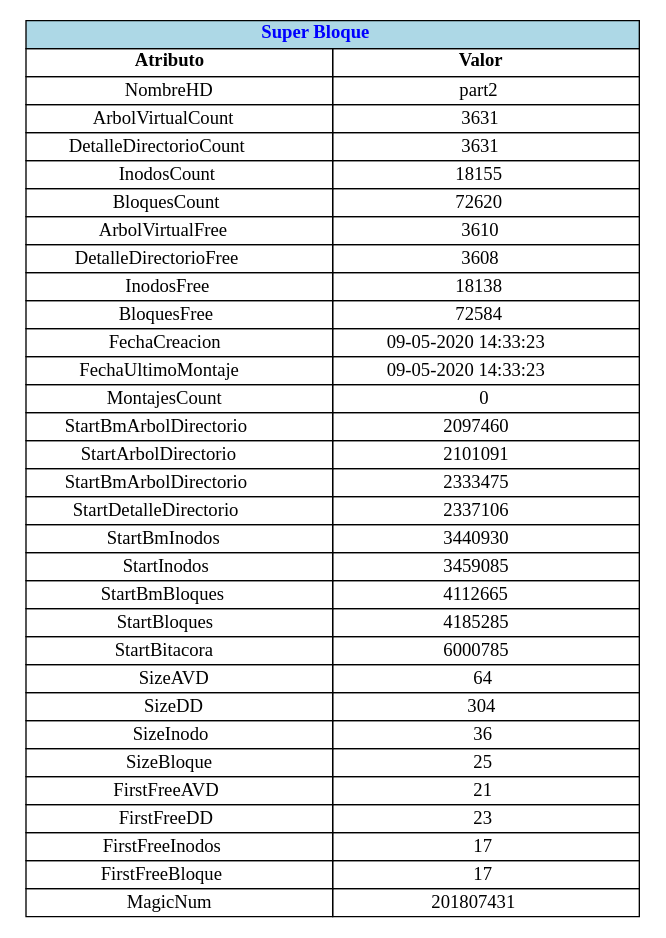
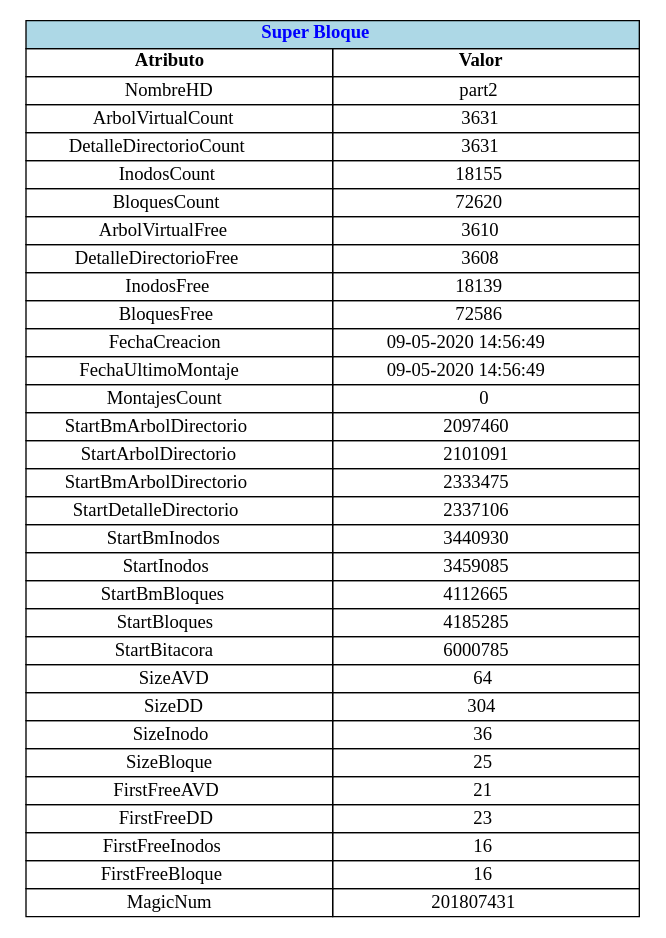
One commit to xJosee/SistemaArchivos changed the diagram in Reportes/graficaSuperBloque.dot. Above: the diagram before and after it, drawn with Graphviz. The commit also changed 4 other files, not shown here.

```diff
--- a/Reportes/graficaSuperBloque.dot
+++ b/Reportes/graficaSuperBloque.dot
@@ -1,39 +1,39 @@
 digraph G{ 
 node [shape=plaintext]
 tbl[
 label=<
 <table border='0' cellborder='1' cellspacing='0' width='300'  height='200' >
  <tr ><td colspan='2' bgcolor= 'lightblue' ><b><font color='blue'>Super Bloque</font></b></td></tr><tr>  <td width='230'> <b>Atributo</b> </td> <td width='230'> <b>Valor</b> </td>  </tr>
 <tr>  <td>NombreHD</td><td>part2</td>  </tr>
 <tr>  <td>ArbolVirtualCount</td><td>3631</td>  </tr>
 <tr>  <td>DetalleDirectorioCount</td><td>3631</td>  </tr>
 <tr>  <td>InodosCount</td><td>18155</td>  </tr>
 <tr>  <td>BloquesCount</td><td>72620</td>  </tr>
 <tr>  <td>ArbolVirtualFree</td><td>3610</td>  </tr>
 <tr>  <td>DetalleDirectorioFree</td><td>3608</td>  </tr>
-<tr>  <td>InodosFree</td><td>18138</td>  </tr>
-<tr>  <td>BloquesFree</td><td>72584</td>  </tr>
-<tr>  <td>FechaCreacion</td><td>09-05-2020 14:33:23</td>  </tr>
-<tr>  <td>FechaUltimoMontaje</td><td>09-05-2020 14:33:23</td>  </tr>
+<tr>  <td>InodosFree</td><td>18139</td>  </tr>
+<tr>  <td>BloquesFree</td><td>72586</td>  </tr>
+<tr>  <td>FechaCreacion</td><td>09-05-2020 14:56:49</td>  </tr>
+<tr>  <td>FechaUltimoMontaje</td><td>09-05-2020 14:56:49</td>  </tr>
 <tr>  <td>MontajesCount</td><td>0</td>  </tr>
 <tr>  <td>StartBmArbolDirectorio</td><td>2097460</td>  </tr>
 <tr>  <td>StartArbolDirectorio</td><td>2101091</td>  </tr>
 <tr>  <td>StartBmArbolDirectorio</td><td>2333475</td>  </tr>
 <tr>  <td>StartDetalleDirectorio</td><td>2337106</td>  </tr>
 <tr>  <td>StartBmInodos</td><td>3440930</td>  </tr>
 <tr>  <td>StartInodos</td><td>3459085</td>  </tr>
 <tr>  <td>StartBmBloques</td><td>4112665</td>  </tr>
 <tr>  <td>StartBloques</td><td>4185285</td>  </tr>
 <tr>  <td>StartBitacora</td><td>6000785</td>  </tr>
 <tr>  <td>SizeAVD</td><td>64</td>  </tr>
 <tr>  <td>SizeDD</td><td>304</td>  </tr>
 <tr>  <td>SizeInodo</td><td>36</td>  </tr>
 <tr>  <td>SizeBloque</td><td>25</td>  </tr>
 <tr>  <td>FirstFreeAVD</td><td>21</td>  </tr>
 <tr>  <td>FirstFreeDD</td><td>23</td>  </tr>
-<tr>  <td>FirstFreeInodos</td><td>17</td>  </tr>
-<tr>  <td>FirstFreeBloque</td><td>17</td>  </tr>
+<tr>  <td>FirstFreeInodos</td><td>16</td>  </tr>
+<tr>  <td>FirstFreeBloque</td><td>16</td>  </tr>
 <tr>  <td>MagicNum</td><td>201807431</td>  </tr>
 </table>
 >];
 }
```
